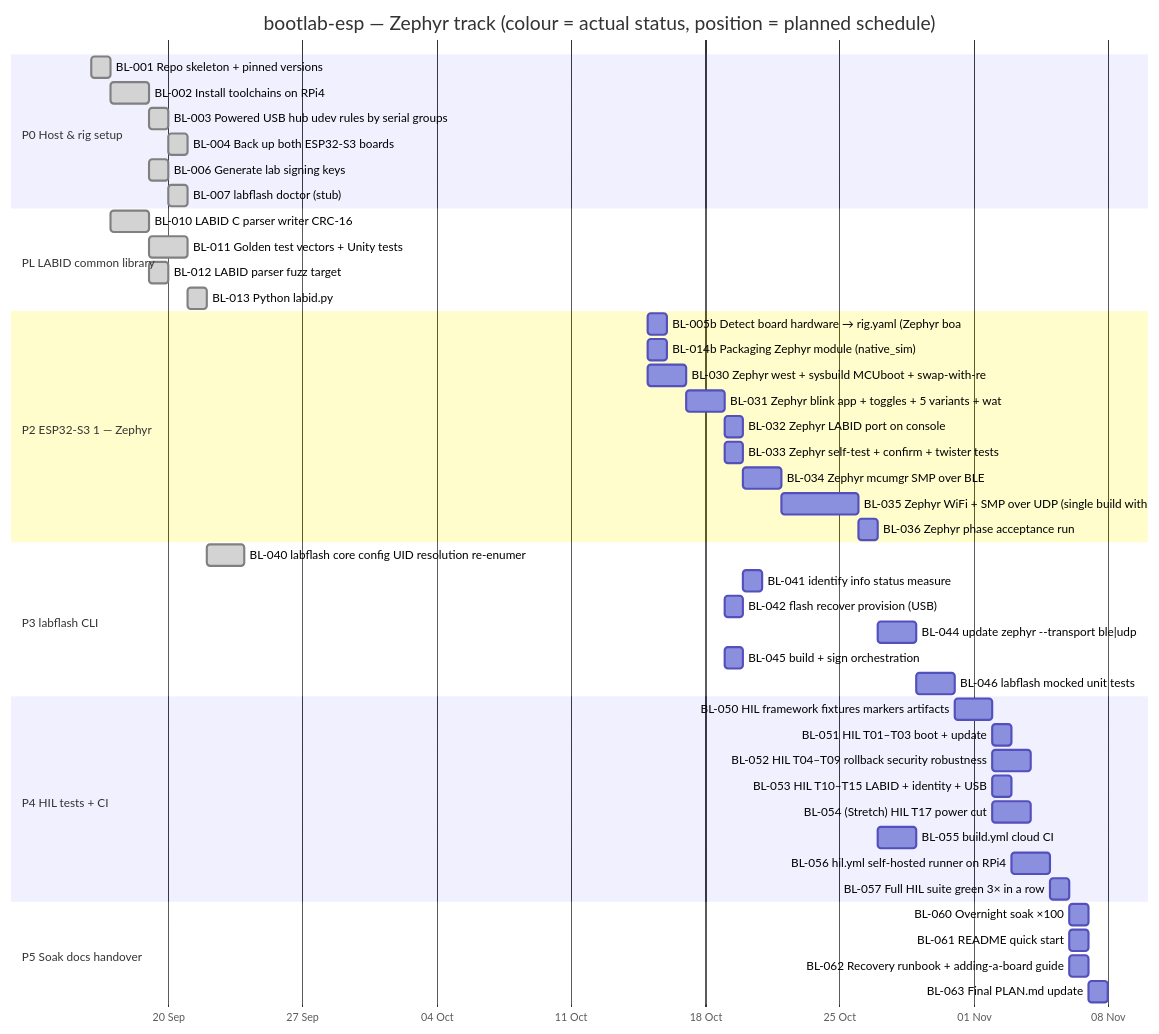
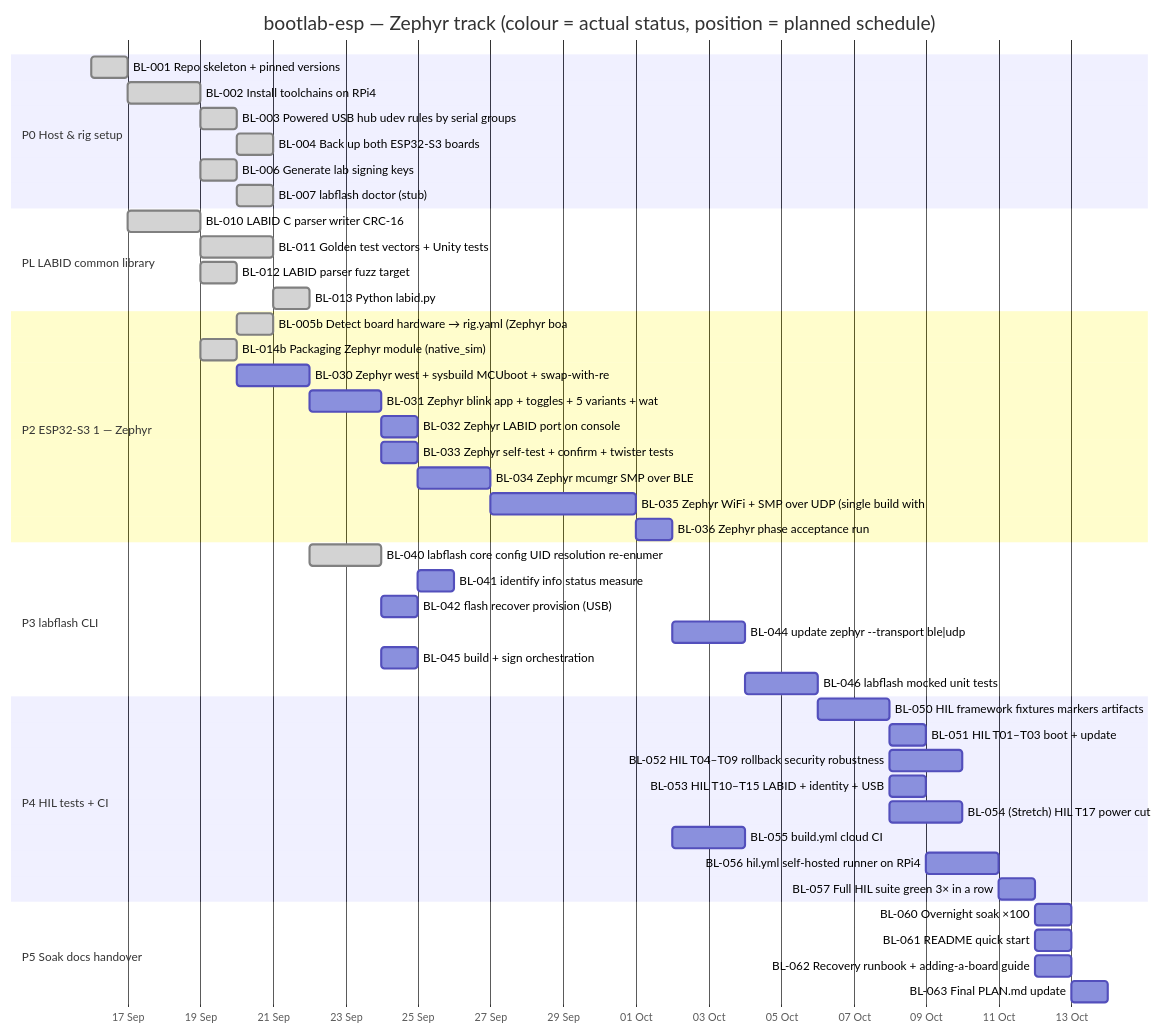
Before and after one commit to mohamed-soubhi/bootlab-esp: the second of 2 diagrams in tickets/GANTT.md, drawn with Mermaid. The commit also changed other lines of this file and 10 other files, not shown here.

Commit message:
feat(zephyr): complete BL-005b (hardware detection) and BL-014b (Zephyr module native_sim)

````diff
--- a/tickets/GANTT.md
+++ b/tickets/GANTT.md
@@ -112,50 +109,50 @@
 ```mermaid
 gantt
     title bootlab-esp — Zephyr track (colour = actual status, position = planned schedule)
     dateFormat YYYY-MM-DD
     axisFormat %d %b
     todayMarker stroke-width:3px,stroke:#f80,opacity:0.7
     section P0 Host & rig setup
     BL-001 Repo skeleton + pinned versions :done, bl001, 2026-09-16, 1d
     BL-002 Install toolchains on RPi4 :done, bl002, 2026-09-17, 2d
     BL-003 Powered USB hub udev rules by serial groups :done, bl003, 2026-09-19, 1d
     BL-004 Back up both ESP32-S3 boards :done, bl004, 2026-09-20, 1d
     BL-006 Generate lab signing keys :done, bl006, 2026-09-19, 1d
     BL-007 labflash doctor (stub) :done, bl007, 2026-09-20, 1d
     section PL LABID common library
     BL-010 LABID C parser writer CRC-16 :done, bl010, 2026-09-17, 2d
     BL-011 Golden test vectors + Unity tests :done, bl011, 2026-09-19, 2d
     BL-012 LABID parser fuzz target :done, bl012, 2026-09-19, 1d
     BL-013 Python labid.py :done, bl013, 2026-09-21, 1d
     section P2 ESP32-S3 1 — Zephyr
-    BL-005b Detect board hardware → rig.yaml (Zephyr boa :bl005b, 2026-10-15, 1d
-    BL-014b Packaging Zephyr module (native_sim) :bl014b, 2026-10-15, 1d
-    BL-030 Zephyr west + sysbuild MCUboot + swap-with-re :bl030, 2026-10-15, 2d
-    BL-031 Zephyr blink app + toggles + 5 variants + wat :bl031, 2026-10-17, 2d
-    BL-032 Zephyr LABID port on console :bl032, 2026-10-19, 1d
-    BL-033 Zephyr self-test + confirm + twister tests :bl033, 2026-10-19, 1d
-    BL-034 Zephyr mcumgr SMP over BLE :bl034, 2026-10-20, 2d
-    BL-035 Zephyr WiFi + SMP over UDP (single build with :bl035, 2026-10-22, 4d
-    BL-036 Zephyr phase acceptance run :bl036, 2026-10-26, 1d
+    BL-005b Detect board hardware → rig.yaml (Zephyr boa :done, bl005b, 2026-09-20, 1d
+    BL-014b Packaging Zephyr module (native_sim) :done, bl014b, 2026-09-19, 1d
+    BL-030 Zephyr west + sysbuild MCUboot + swap-with-re :bl030, 2026-09-20, 2d
+    BL-031 Zephyr blink app + toggles + 5 variants + wat :bl031, 2026-09-22, 2d
+    BL-032 Zephyr LABID port on console :bl032, 2026-09-24, 1d
+    BL-033 Zephyr self-test + confirm + twister tests :bl033, 2026-09-24, 1d
+    BL-034 Zephyr mcumgr SMP over BLE :bl034, 2026-09-25, 2d
+    BL-035 Zephyr WiFi + SMP over UDP (single build with :bl035, 2026-09-27, 4d
+    BL-036 Zephyr phase acceptance run :bl036, 2026-10-01, 1d
     section P3 labflash CLI
     BL-040 labflash core config UID resolution re-enumer :done, bl040, 2026-09-22, 2d
-    BL-041 identify info status measure :bl041, 2026-10-20, 1d
-    BL-042 flash recover provision (USB) :bl042, 2026-10-19, 1d
-    BL-044 update zephyr --transport ble|udp :bl044, 2026-10-27, 2d
-    BL-045 build + sign orchestration :bl045, 2026-10-19, 1d
-    BL-046 labflash mocked unit tests :bl046, 2026-10-29, 2d
+    BL-041 identify info status measure :bl041, 2026-09-25, 1d
+    BL-042 flash recover provision (USB) :bl042, 2026-09-24, 1d
+    BL-044 update zephyr --transport ble|udp :bl044, 2026-10-02, 2d
+    BL-045 build + sign orchestration :bl045, 2026-09-24, 1d
+    BL-046 labflash mocked unit tests :bl046, 2026-10-04, 2d
     section P4 HIL tests + CI
-    BL-050 HIL framework fixtures markers artifacts :bl050, 2026-10-31, 2d
-    BL-051 HIL T01–T03 boot + update :bl051, 2026-11-02, 1d
-    BL-052 HIL T04–T09 rollback security robustness :bl052, 2026-11-02, 2d
-    BL-053 HIL T10–T15 LABID + identity + USB :bl053, 2026-11-02, 1d
-    BL-054 (Stretch) HIL T17 power cut :bl054, 2026-11-02, 2d
-    BL-055 build.yml cloud CI :bl055, 2026-10-27, 2d
-    BL-056 hil.yml self-hosted runner on RPi4 :bl056, 2026-11-03, 2d
-    BL-057 Full HIL suite green 3× in a row :bl057, 2026-11-05, 1d
+    BL-050 HIL framework fixtures markers artifacts :bl050, 2026-10-06, 2d
+    BL-051 HIL T01–T03 boot + update :bl051, 2026-10-08, 1d
+    BL-052 HIL T04–T09 rollback security robustness :bl052, 2026-10-08, 2d
+    BL-053 HIL T10–T15 LABID + identity + USB :bl053, 2026-10-08, 1d
+    BL-054 (Stretch) HIL T17 power cut :bl054, 2026-10-08, 2d
+    BL-055 build.yml cloud CI :bl055, 2026-10-02, 2d
+    BL-056 hil.yml self-hosted runner on RPi4 :bl056, 2026-10-09, 2d
+    BL-057 Full HIL suite green 3× in a row :bl057, 2026-10-11, 1d
     section P5 Soak docs handover
-    BL-060 Overnight soak ×100 :bl060, 2026-11-06, 1d
-    BL-061 README quick start :bl061, 2026-11-06, 1d
-    BL-062 Recovery runbook + adding-a-board guide :bl062, 2026-11-06, 1d
-    BL-063 Final PLAN.md update :bl063, 2026-11-07, 1d
+    BL-060 Overnight soak ×100 :bl060, 2026-10-12, 1d
+    BL-061 README quick start :bl061, 2026-10-12, 1d
+    BL-062 Recovery runbook + adding-a-board guide :bl062, 2026-10-12, 1d
+    BL-063 Final PLAN.md update :bl063, 2026-10-13, 1d
 ```
````
